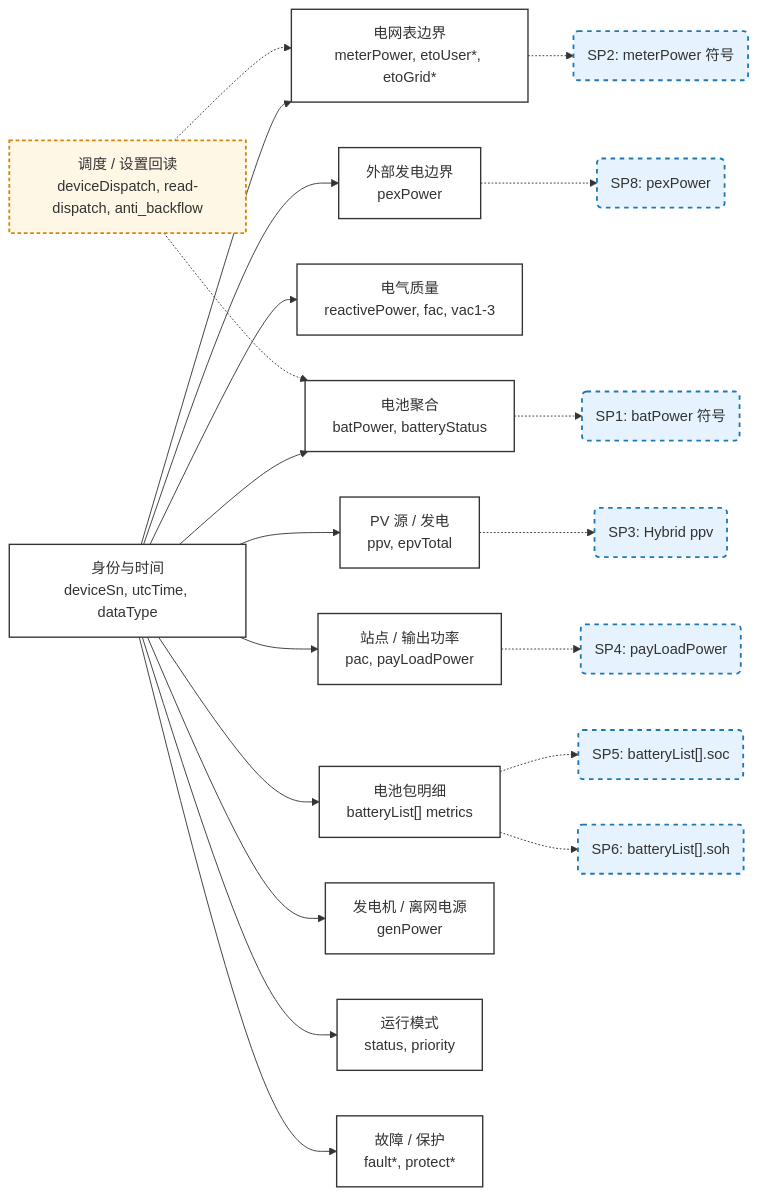
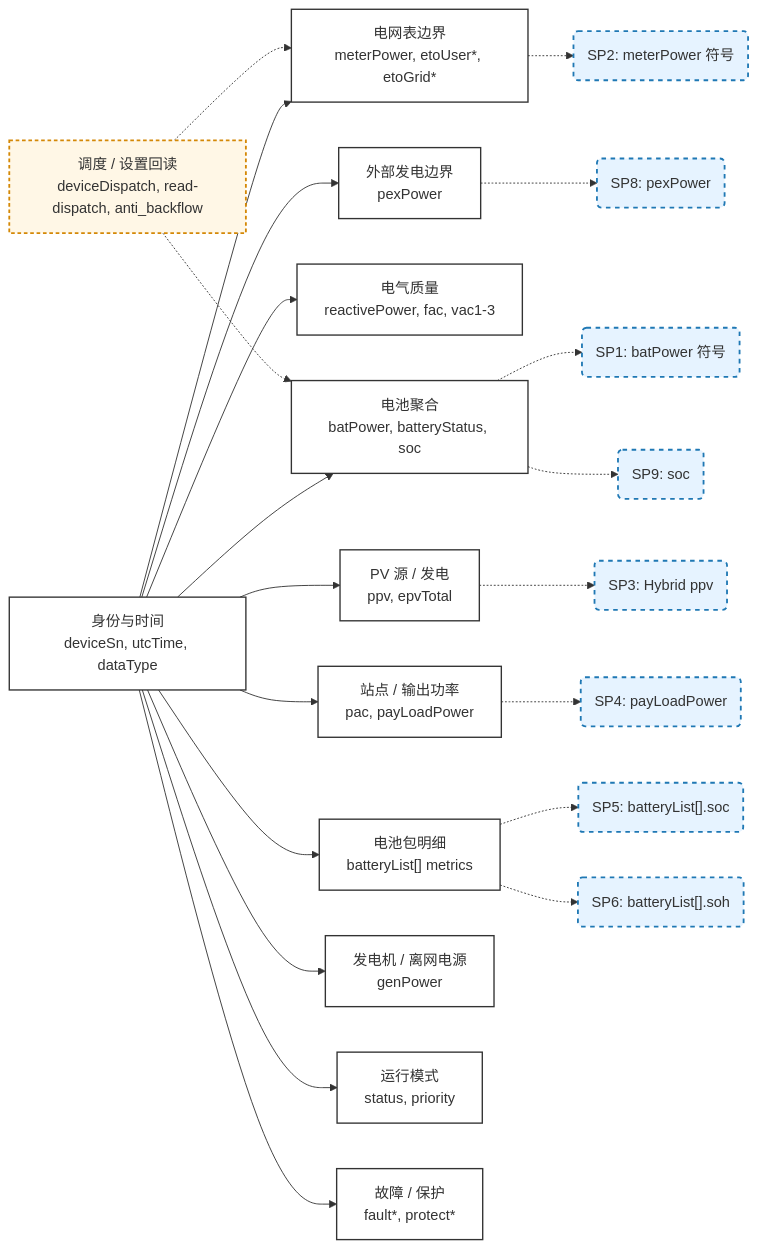
Before and after one commit to EugeneJian/growatt-unified-api: the sixth of 8 diagrams in Growatt API/OPENAPI.zh-CN/13_ess_semantic_model.md, drawn with Mermaid. The commit also changed other lines of this file and 26 other files, not shown here.

````diff
--- a/Growatt API/OPENAPI.zh-CN/13_ess_semantic_model.md
+++ b/Growatt API/OPENAPI.zh-CN/13_ess_semantic_model.md
@@ -323,53 +328,55 @@
 ```mermaid
 flowchart LR
 
     classDef block fill:#ffffff,stroke:#333,stroke-width:1.5px;
     classDef semantic fill:#e6f3ff,stroke:#1f78b4,stroke-width:2px,stroke-dasharray: 5 5;
     classDef dispatch fill:#fff7e6,stroke:#d48806,stroke-width:2px,stroke-dasharray: 4 3;
 
     Meta["身份与时间<br/>deviceSn, utcTime, dataType"]
     GridMeterBlock["电网表边界<br/>meterPower, etoUser*, etoGrid*"]
     ExternalGenerationBlock["外部发电边界<br/>pexPower"]
     Electrical["电气质量<br/>reactivePower, fac, vac1-3"]
     PVBlock["PV 源 / 发电<br/>ppv, epvTotal"]
     SiteBlock["站点 / 输出功率<br/>pac, payLoadPower"]
-    BatteryAgg["电池聚合<br/>batPower, batteryStatus"]
+    BatteryAgg["电池聚合<br/>batPower, batteryStatus, soc"]
     BatteryPack["电池包明细<br/>batteryList[] metrics"]
     GeneratorBlock["发电机 / 离网电源<br/>genPower"]
     Runtime["运行模式<br/>status, priority"]
     Fault["故障 / 保护<br/>fault*, protect*"]
 
     SP1("SP1: batPower 符号")
     SP2("SP2: meterPower 符号")
     SP3("SP3: Hybrid ppv")
     SP4("SP4: payLoadPower")
     SP5("SP5: batteryList[].soc")
     SP6("SP6: batteryList[].soh")
     SP8("SP8: pexPower")
+    SP9("SP9: soc")
     Dispatch["调度 / 设置回读<br/>deviceDispatch, read-dispatch, anti_backflow"]
 
     Meta --> GridMeterBlock
     Meta --> ExternalGenerationBlock
     Meta --> Electrical
     Meta --> PVBlock
     Meta --> SiteBlock
     Meta --> BatteryAgg
     Meta --> BatteryPack
     Meta --> GeneratorBlock
     Meta --> Runtime
     Meta --> Fault
 
     GridMeterBlock -.-> SP2
     ExternalGenerationBlock -.-> SP8
     PVBlock -.-> SP3
     SiteBlock -.-> SP4
     BatteryAgg -.-> SP1
+    BatteryAgg -.-> SP9
     BatteryPack -.-> SP5
     BatteryPack -.-> SP6
     Dispatch -.-> BatteryAgg
     Dispatch -.-> GridMeterBlock
 
     class Meta,GridMeterBlock,ExternalGenerationBlock,Electrical,PVBlock,SiteBlock,BatteryAgg,BatteryPack,GeneratorBlock,Runtime,Fault block;
-    class SP1,SP2,SP3,SP4,SP5,SP6,SP8 semantic;
+    class SP1,SP2,SP3,SP4,SP5,SP6,SP8,SP9 semantic;
     class Dispatch dispatch;
 ```
````
